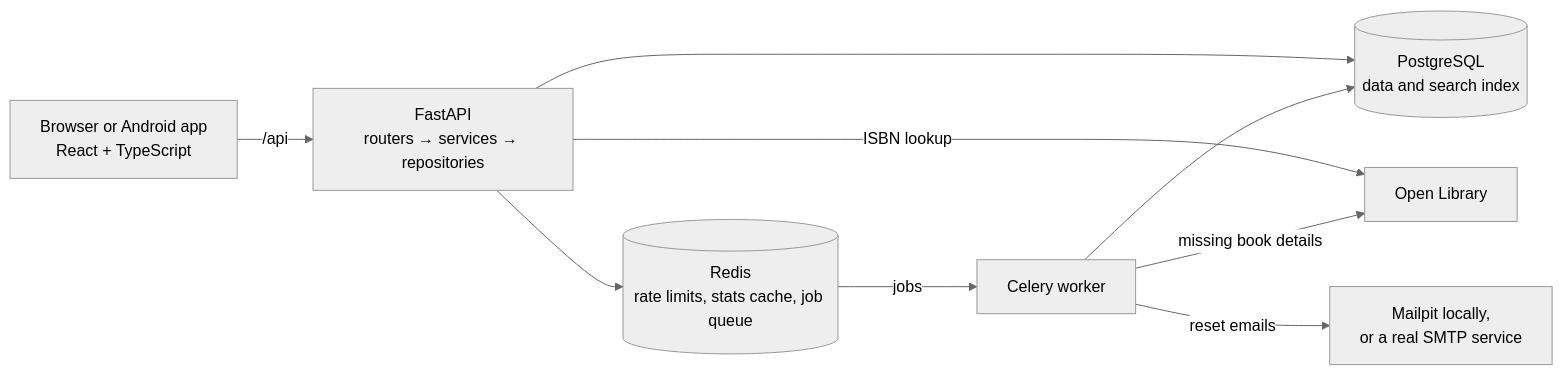
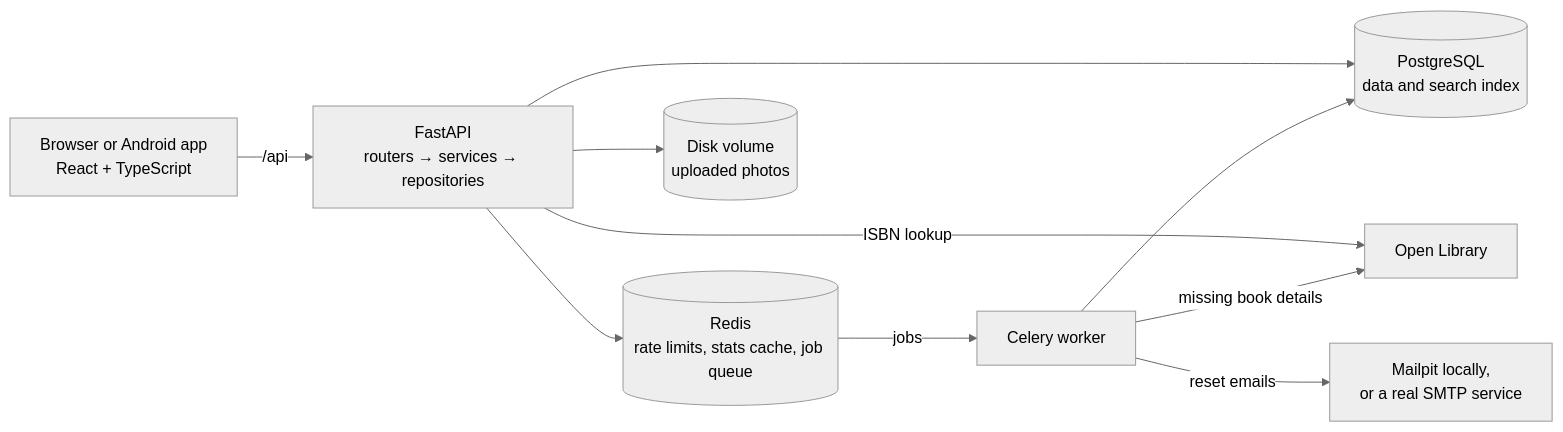
The first of 2 diagrams in README.md (naveenkumarb-tech/noolagam), drawn with Mermaid (neutral theme) before and after one commit. The commit also changed other lines of this file and 41 other files, not shown here.

````diff
--- a/README.md
+++ b/README.md
@@ -41,11 +42,12 @@
 ```mermaid
 flowchart LR
     client["Browser or Android app<br/>React + TypeScript"] -->|"/api"| api["FastAPI<br/>routers → services → repositories"]
     api --> db[("PostgreSQL<br/>data and search index")]
     api --> redis[("Redis<br/>rate limits, stats cache, job queue")]
+    api --> photos[("Disk volume<br/>uploaded photos")]
     api -->|ISBN lookup| ol["Open Library"]
     redis -->|jobs| worker["Celery worker"]
     worker --> db
     worker -->|missing book details| ol
     worker -->|reset emails| smtp["Mailpit locally,<br/>or a real SMTP service"]
 ```
````
